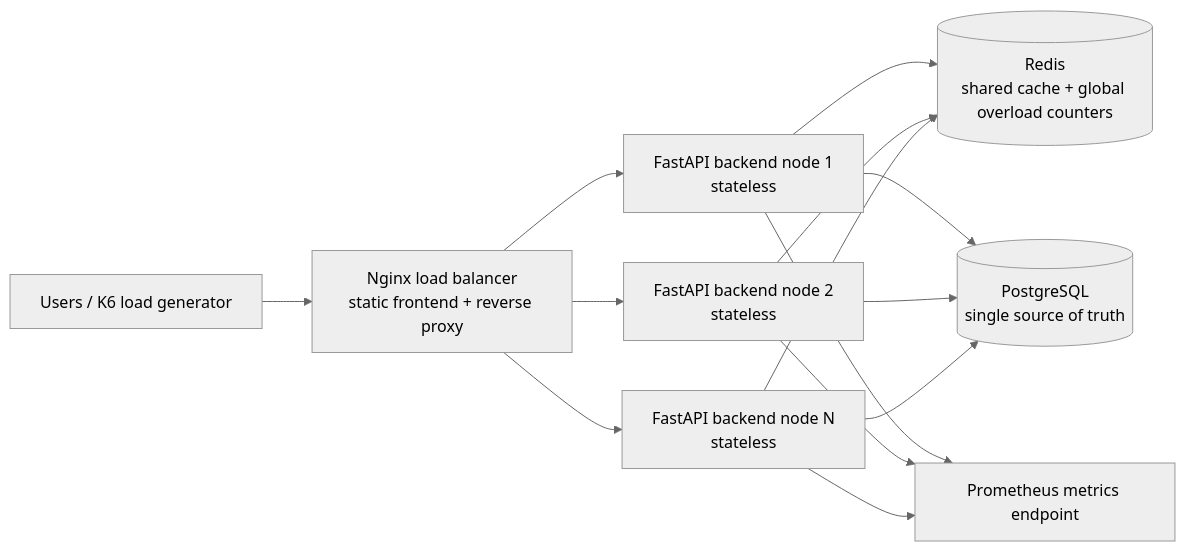
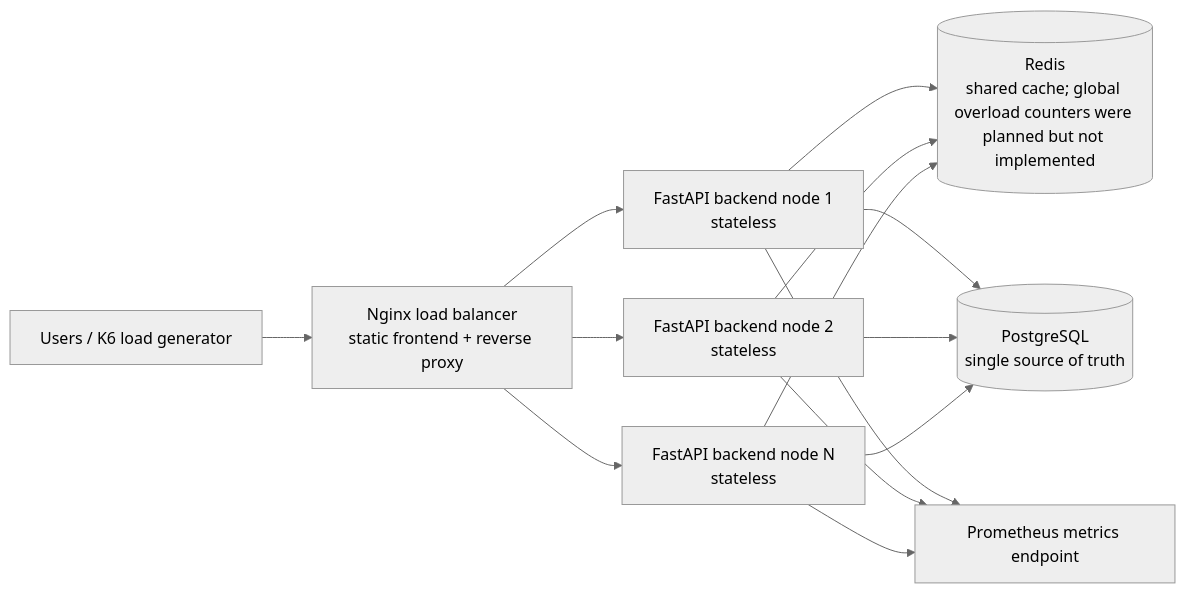
The diagram in docs/scalability-plan.md (emirhansarioglu/Gamba), drawn with Mermaid (neutral theme) before and after one commit. The commit also changed other lines of this file and 4 other files, not shown here.

````diff
--- a/docs/scalability-plan.md
+++ b/docs/scalability-plan.md
@@ -15,20 +17,20 @@
 ```mermaid
 flowchart LR
     U[Users / K6 load generator] --> N[Nginx load balancer<br/>static frontend + reverse proxy]
 
     N --> B1[FastAPI backend node 1<br/>stateless]
     N --> B2[FastAPI backend node 2<br/>stateless]
     N --> B3[FastAPI backend node N<br/>stateless]
 
-    B1 --> R[(Redis<br/>shared cache + global overload counters)]
+    B1 --> R[(Redis<br/>shared cache; global overload counters were planned but not implemented)]
     B2 --> R
     B3 --> R
 
     B1 --> P[(PostgreSQL<br/>single source of truth)]
     B2 --> P
     B3 --> P
 
     B1 --> M[Prometheus metrics endpoint]
     B2 --> M
     B3 --> M
 ```
````
